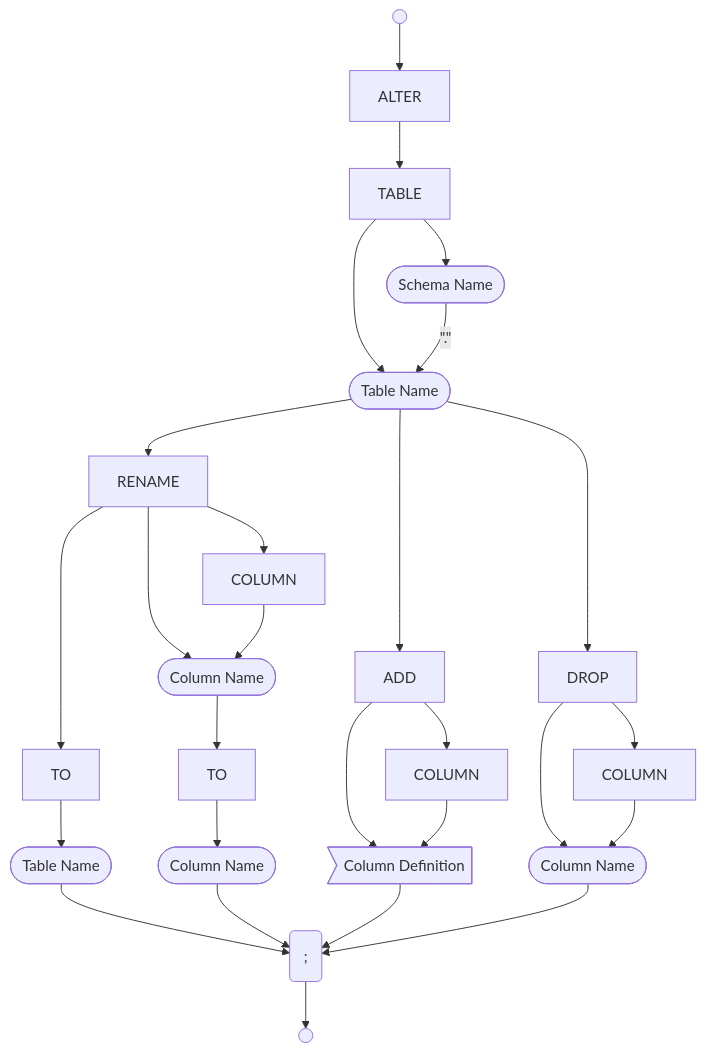
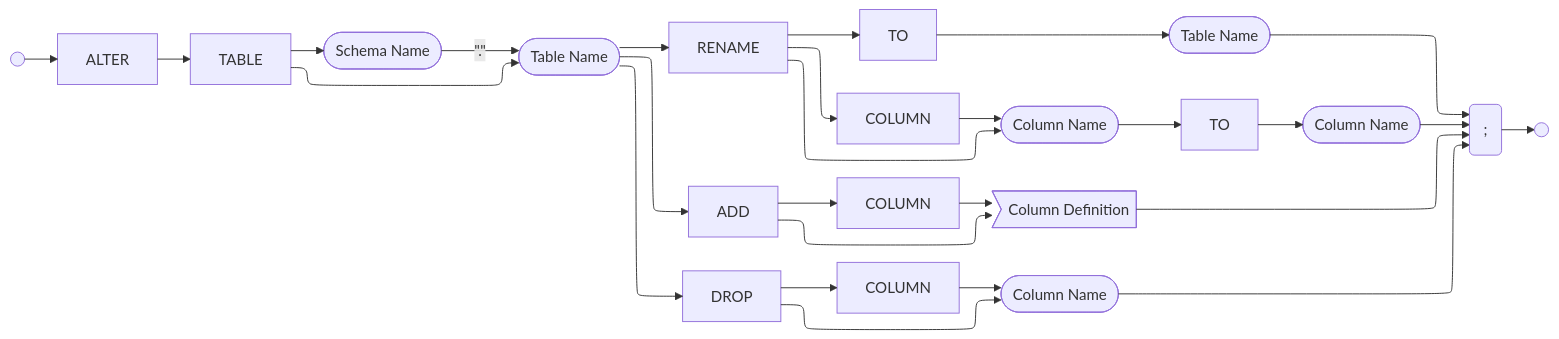
Before and after one commit to JEleniel/epiloglite: the diagram in docs/design/sql_syntax/Statements/ALTER TABLE.md, drawn with Mermaid. The commit also changed 83 other files, not shown here.

````diff
--- a/docs/design/sql_syntax/Statements/ALTER TABLE.md
+++ b/docs/design/sql_syntax/Statements/ALTER TABLE.md
@@ -11,32 +11,36 @@
 ```mermaid
-graph TB
+---
+config:
+  layout: elk
+---
+graph LR
 	st(( ))
 	semi(;)
 	stop(( ))
 	semi --> stop
 	st --> ALTER
 	ALTER --> TABLE
 	TABLE --> schema_name([Schema Name])
 	TABLE --> table_name([Table Name])
 	schema_name -->|#quot;.#quot;| table_name
 	table_name --> RENAME
 	table_name --> ADD
 	table_name --> DROP
 	RENAME --> TO
 	RENAME --> COLUMN
 	RENAME --> column_name([Column Name])
 	COLUMN --> column_name
 	TO --> new_table_name([Table Name])
 	new_table_name --> semi
 	column_name --> TO2["TO"]
 	TO2 --> new_column_name([Column Name])
 	new_column_name --> semi
 	ADD --> COLUMN2["COLUMN"]
 	ADD --> column_definition>Column Definition]
 	COLUMN2 --> column_definition
 	column_definition --> semi
 	DROP --> COLUMN3["COLUMN"]
 	DROP --> column_name2([Column Name])
 	COLUMN3 --> column_name2
 	column_name2 --> semi
 ```
````
